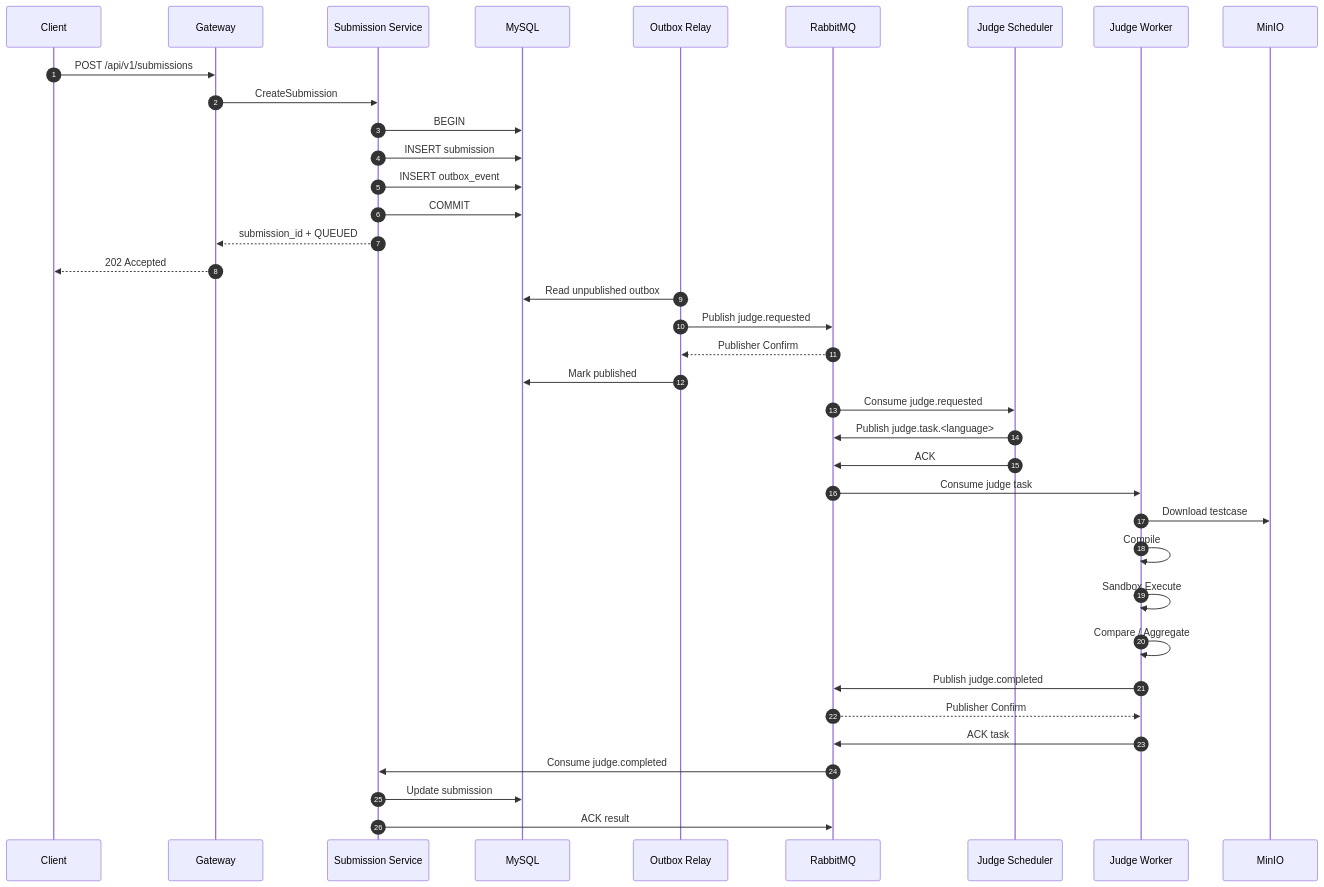
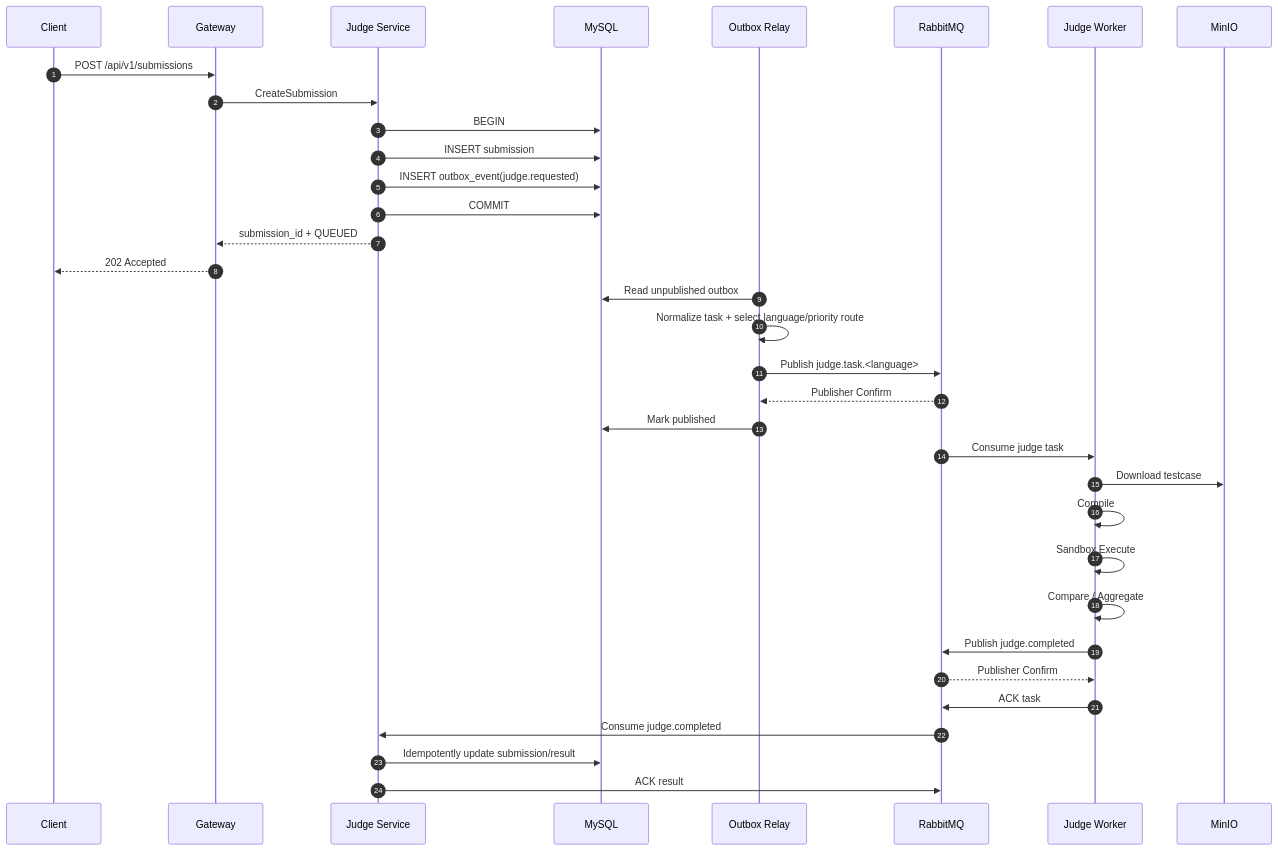
One commit to viggggil/go_oj_agent changed the second of 6 diagrams in docs/architecture.md. Above: the diagram before and after it, drawn with Mermaid. The commit also changed other lines of this file and 6 other files, not shown here.

Commit message:
docs(architecture): merge submission scheduling into judge service

````diff
--- a/docs/architecture.md
+++ b/docs/architecture.md
@@ -289,48 +283,44 @@
 ```mermaid
 sequenceDiagram
     autonumber
 
     participant C as Client
     participant G as Gateway
-    participant S as Submission Service
+    participant J as Judge Service
     participant DB as MySQL
     participant O as Outbox Relay
     participant MQ as RabbitMQ
-    participant JS as Judge Scheduler
     participant JW as Judge Worker
     participant M as MinIO
 
     C->>G: POST /api/v1/submissions
-    G->>S: CreateSubmission
+    G->>J: CreateSubmission
 
-    S->>DB: BEGIN
-    S->>DB: INSERT submission
-    S->>DB: INSERT outbox_event
-    S->>DB: COMMIT
+    J->>DB: BEGIN
+    J->>DB: INSERT submission
+    J->>DB: INSERT outbox_event(judge.requested)
+    J->>DB: COMMIT
 
-    S-->>G: submission_id + QUEUED
+    J-->>G: submission_id + QUEUED
     G-->>C: 202 Accepted
 
     O->>DB: Read unpublished outbox
-    O->>MQ: Publish judge.requested
+    O->>O: Normalize task + select language/priority route
+    O->>MQ: Publish judge.task.<language>
     MQ-->>O: Publisher Confirm
     O->>DB: Mark published
-
-    MQ->>JS: Consume judge.requested
-    JS->>MQ: Publish judge.task.<language>
-    JS->>MQ: ACK
 
     MQ->>JW: Consume judge task
     JW->>M: Download testcase
     JW->>JW: Compile
     JW->>JW: Sandbox Execute
     JW->>JW: Compare / Aggregate
 
     JW->>MQ: Publish judge.completed
     MQ-->>JW: Publisher Confirm
     JW->>MQ: ACK task
 
-    MQ->>S: Consume judge.completed
-    S->>DB: Update submission
-    S->>MQ: ACK result
+    MQ->>J: Consume judge.completed
+    J->>DB: Idempotently update submission/result
+    J->>MQ: ACK result
 ```
````
